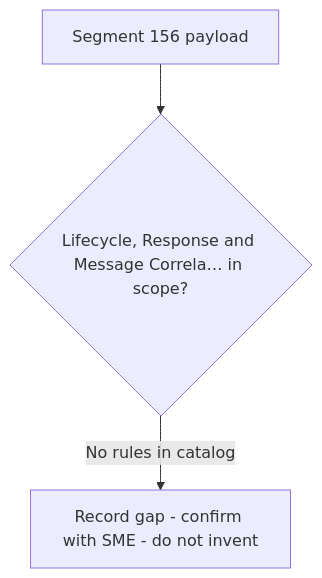
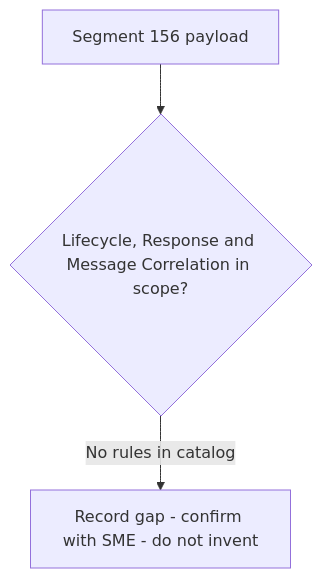
One commit to DhanSingh-hub/core-auth-ai-validation-framework changed the diagram in regression-artifact-validator/specifications/ATL105/docs/specs/kb/segment-156/lifecycle-response-correlation-flow.md. Above: the diagram before and after it, drawn with Mermaid. The commit also changed 150 other files, not shown here.

````diff
--- a/regression-artifact-validator/specifications/ATL105/docs/specs/kb/segment-156/lifecycle-response-correlation-flow.md
+++ b/regression-artifact-validator/specifications/ATL105/docs/specs/kb/segment-156/lifecycle-response-correlation-flow.md
@@ -3,5 +3,5 @@
 ```mermaid
 flowchart TD
-    A[Segment 156 payload] --> B{Lifecycle, Response and Message Correla… in scope?}
+    A[Segment 156 payload] --> B{Lifecycle, Response and Message Correlation in scope?}
     B -->|No rules in catalog| G[Record gap - confirm with SME - do not invent]
 ```
````
